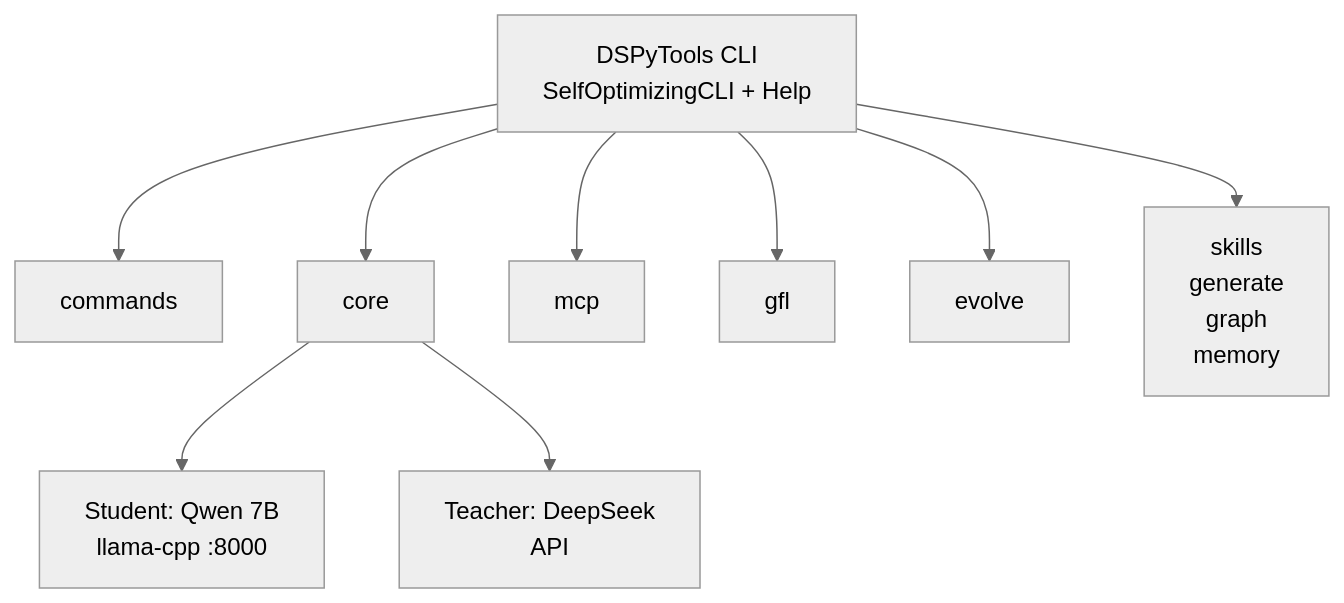
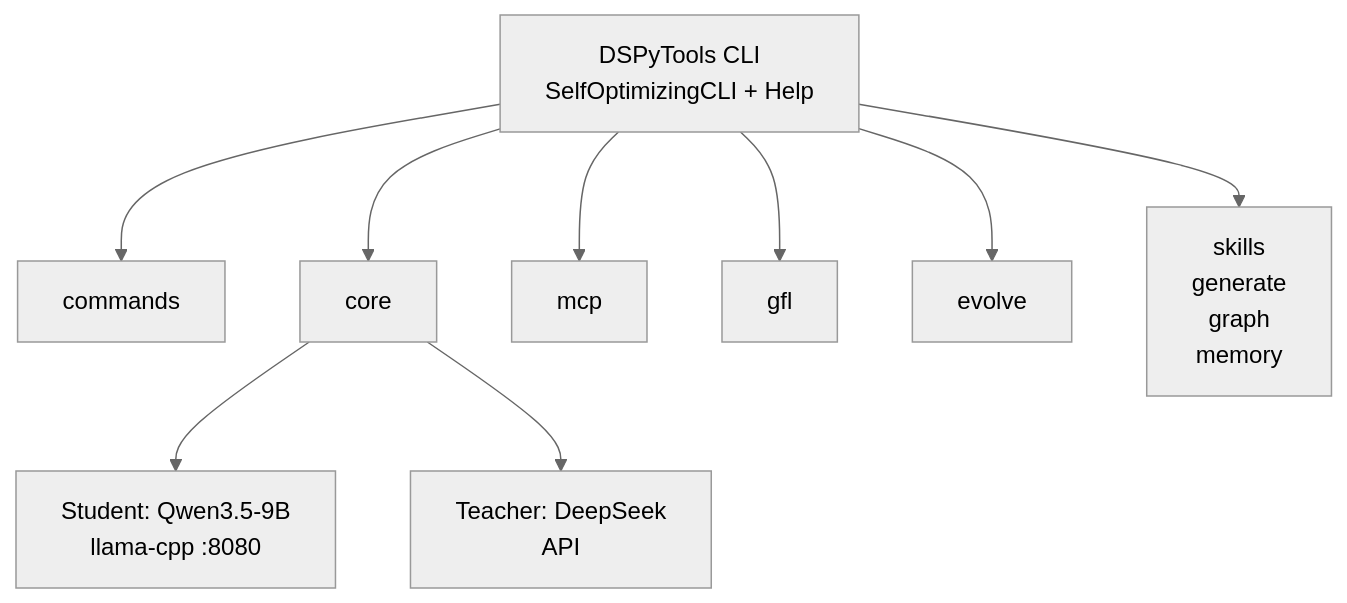
The first of 7 diagrams in README.md (octagono/dspytools), drawn with Mermaid (neutral theme) before and after one commit. The commit also changed other lines of this file and 17 other files, not shown here.

````diff
--- a/README.md
+++ b/README.md
@@ -28,14 +28,14 @@
 ```mermaid
 graph TD
   CLI[DSPyTools CLI<br/>SelfOptimizingCLI + Help]
   CLI --> commands
   CLI --> core
   CLI --> mcp
   CLI --> gfl
   CLI --> evolve
   CLI --> rest[skills<br/>generate<br/>graph<br/>memory]
 
-  core --> student[Student: Qwen 7B<br/>llama-cpp :8000]
+  core --> student[Student: Qwen3.5-9B<br/>llama-cpp :8080]
   core --> teacher[Teacher: DeepSeek<br/>API]
 
 ```
````
